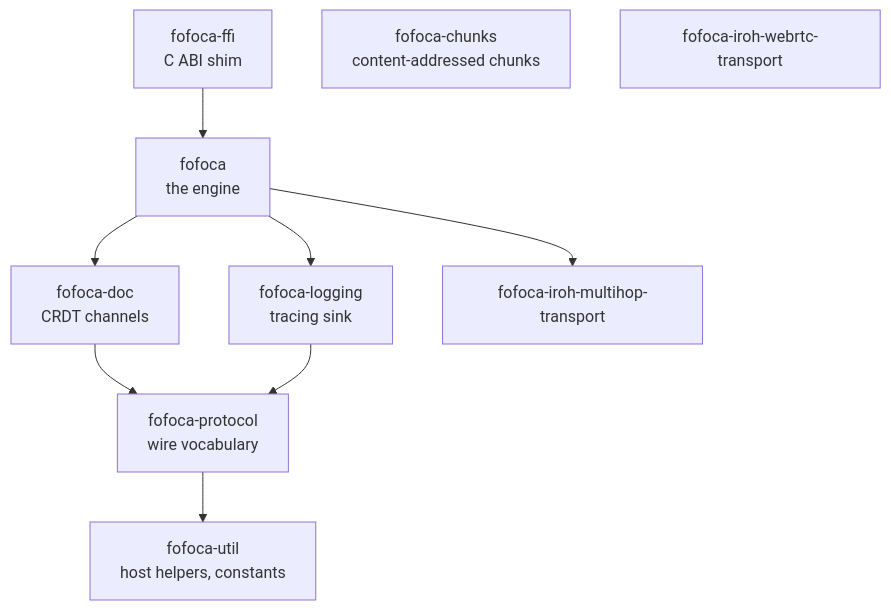
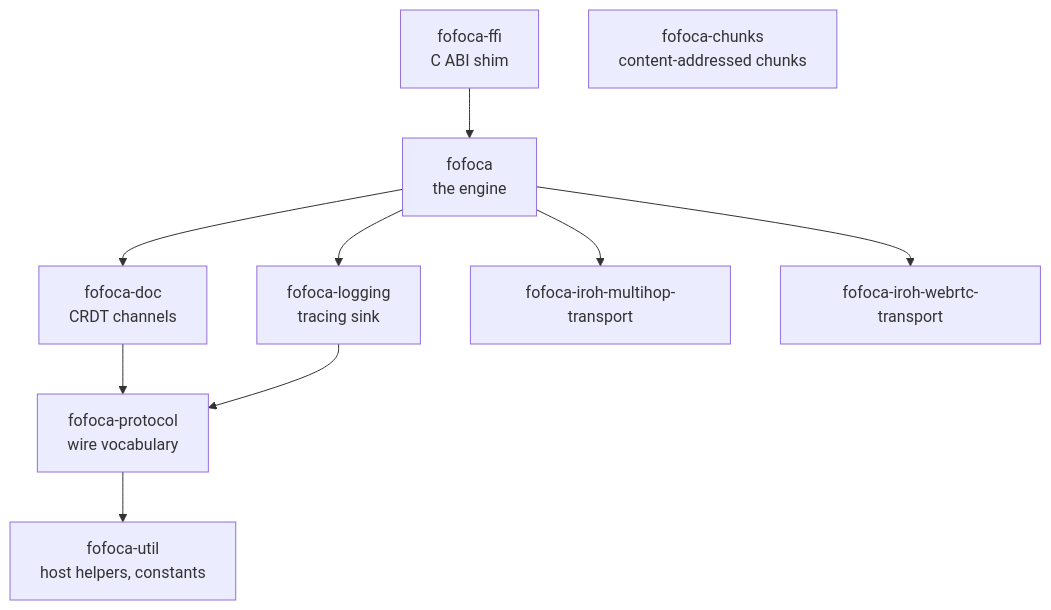
The second of 10 diagrams in docs/architecture.md (fofoca-network/fofoca), drawn with Mermaid before and after one commit. The commit also changed other lines of this file and 32 other files, not shown here.

````diff
--- a/docs/architecture.md
+++ b/docs/architecture.md
@@ -89,12 +89,12 @@
 ```mermaid
 graph TD
     ffi["fofoca-ffi<br>C ABI shim"] --> engine
     engine["fofoca<br>the engine"] --> doc["fofoca-doc<br>CRDT channels"]
     engine --> logging["fofoca-logging<br>tracing sink"]
     engine --> mh["fofoca-iroh-multihop-transport"]
+    engine --> webrtc["fofoca-iroh-webrtc-transport"]
     doc --> proto["fofoca-protocol<br>wire vocabulary"]
     logging --> proto
     proto --> util["fofoca-util<br>host helpers, constants"]
     chunks["fofoca-chunks<br>content-addressed chunks"]
-    webrtc["fofoca-iroh-webrtc-transport"]
 ```
````
